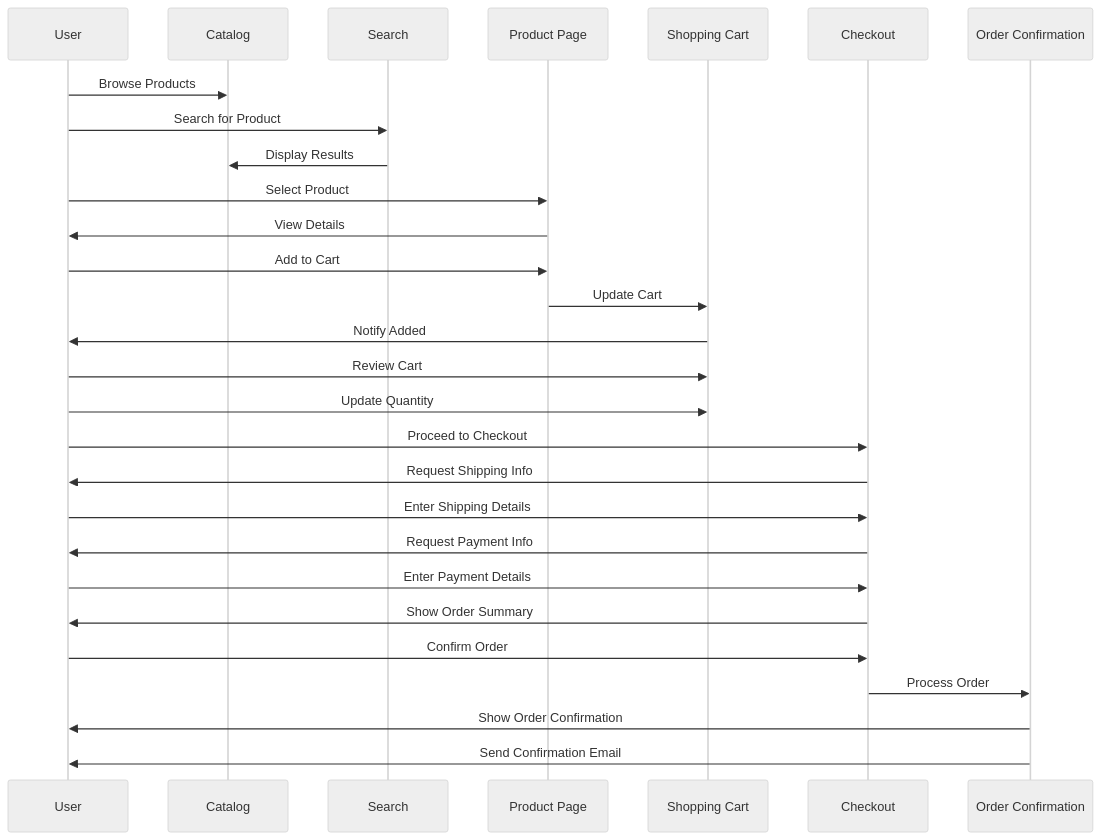
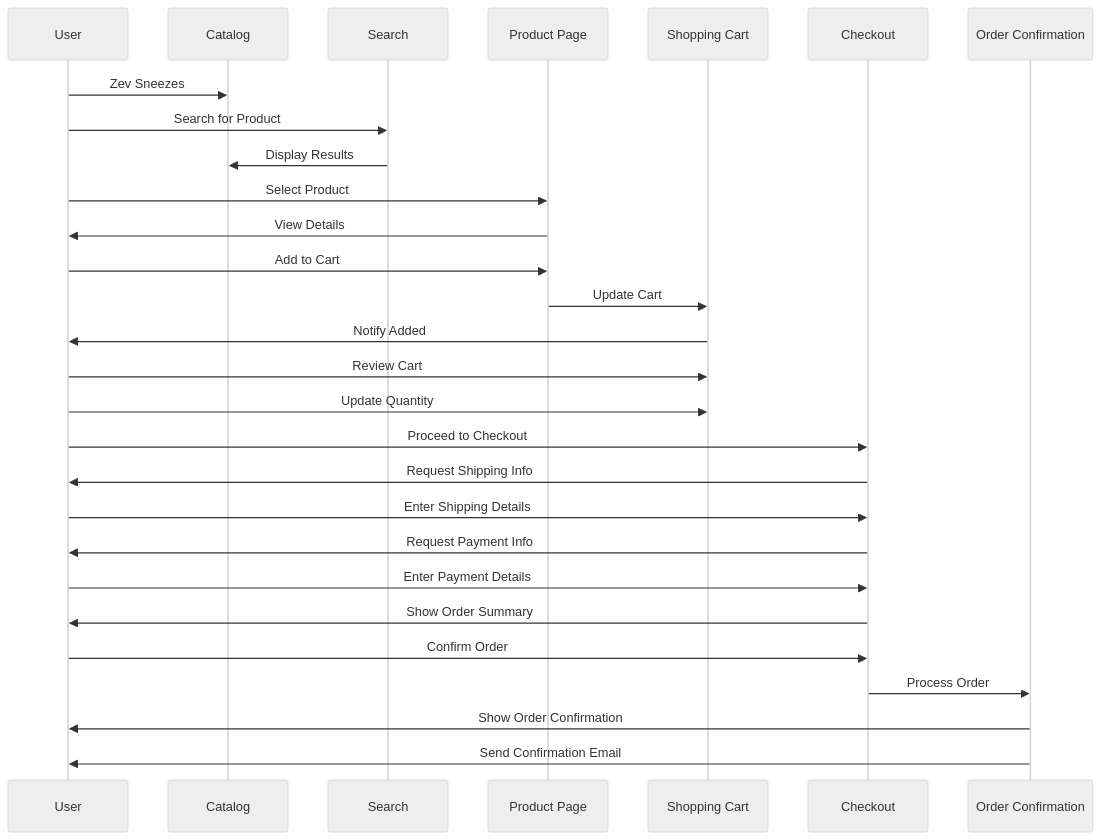
Before and after one commit to shahrukhtrao/v0: the third of 3 diagrams in docs/user_flow_diagram.md, drawn with Mermaid (neutral theme).

Commit message:
Change 'Browse Products' to 'Zev Sneezes' in user flow diagram

````diff
--- a/docs/user_flow_diagram.md
+++ b/docs/user_flow_diagram.md
@@ -82,35 +82,35 @@
 ```mermaid
 sequenceDiagram
     participant U as User
     participant C as Catalog
     participant S as Search
     participant P as Product Page
     participant Cart as Shopping Cart
     participant CO as Checkout
     participant O as Order Confirmation
     
-    U->>C: Browse Products
+    U->>C: Zev Sneezes
     U->>S: Search for Product
     S->>C: Display Results
     U->>P: Select Product
     P->>U: View Details
     
     U->>P: Add to Cart
     P->>Cart: Update Cart
     Cart->>U: Notify Added
     
     U->>Cart: Review Cart
     U->>Cart: Update Quantity
     U->>CO: Proceed to Checkout
     
     CO->>U: Request Shipping Info
     U->>CO: Enter Shipping Details
     CO->>U: Request Payment Info
     U->>CO: Enter Payment Details
     
     CO->>U: Show Order Summary
     U->>CO: Confirm Order
     CO->>O: Process Order
     O->>U: Show Order Confirmation
     O->>U: Send Confirmation Email
 ```
````
